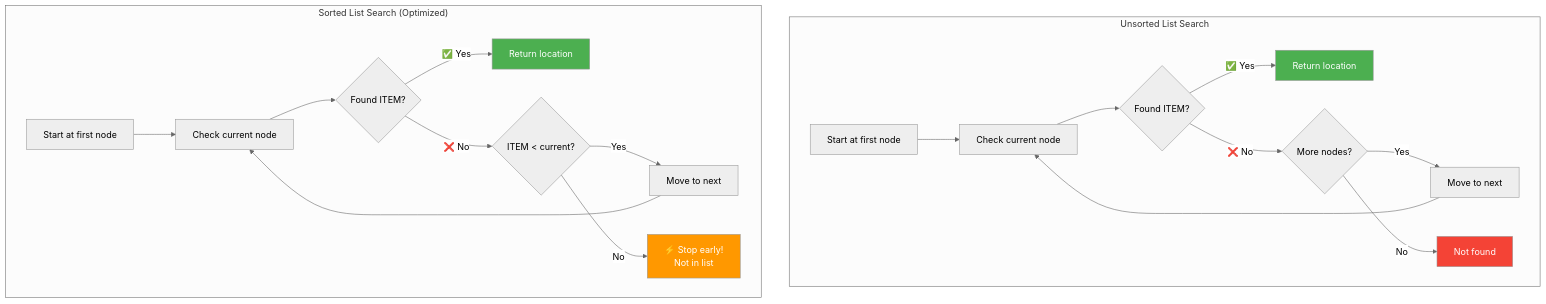
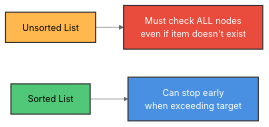
Before and after one commit to M-F-Tushar/CSE-2101-Data-Structure: diagram 14 of 54 in Chapter 5 - Linked Lists/README.md, drawn with Mermaid (neutral theme). The commit also changed other lines of this file, not shown here.

````diff
--- a/Chapter 5 - Linked Lists/README.md
+++ b/Chapter 5 - Linked Lists/README.md
@@ -667,28 +1211,10 @@
 ```mermaid
-graph TB
-    subgraph "Unsorted List Search"
-        U1["Start at first node"] --> U2["Check current node"]
-        U2 --> U3{"Found ITEM?"}
-        U3 -->|"✅ Yes"| U4["Return location"]
-        U3 -->|"❌ No"| U5{"More nodes?"}
-        U5 -->|"Yes"| U6["Move to next"]
-        U6 --> U2
-        U5 -->|"No"| U7["Not found"]
-        
-        style U4 fill:#4caf50,color:#fff
-        style U7 fill:#f44336,color:#fff
-    end
+graph LR
+    A["Unsorted List"] --> B["Must check ALL nodes<br/>even if item doesn't exist"]
+    C["Sorted List"] --> D["Can stop early<br/>when exceeding target"]
     
-    subgraph "Sorted List Search (Optimized)"
-        S1["Start at first node"] --> S2["Check current node"]
-        S2 --> S3{"Found ITEM?"}
-        S3 -->|"✅ Yes"| S4["Return location"]
-        S3 -->|"❌ No"| S5{"ITEM < current?"}
-        S5 -->|"Yes"| S6["Move to next"]
-        S5 -->|"No"| S7["⚡ Stop early!<br/>Not in list"]
-        S6 --> S2
-        
-        style S4 fill:#4caf50,color:#fff
-        style S7 fill:#ff9800,color:#fff
-    end
+    style A fill:#FFB84D,stroke:#333,stroke-width:2px,color:#000
+    style B fill:#E94B3C,stroke:#333,stroke-width:2px,color:#fff
+    style C fill:#50C878,stroke:#333,stroke-width:2px,color:#000
+    style D fill:#4A90E2,stroke:#333,stroke-width:2px,color:#fff
 ```
````
